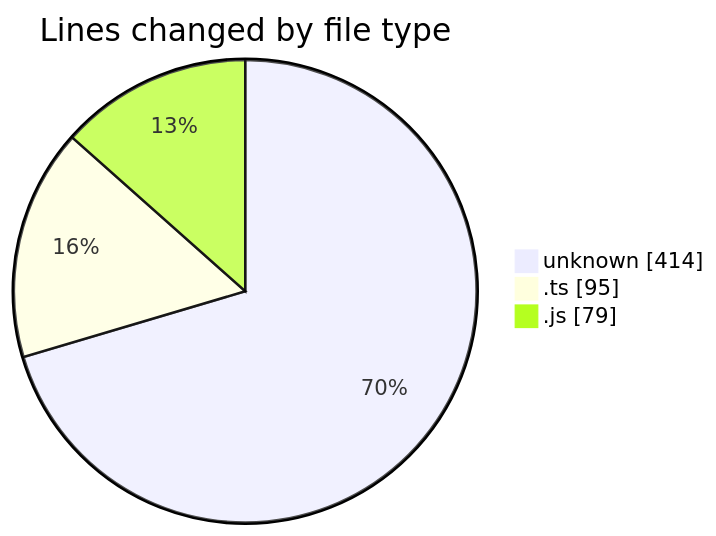
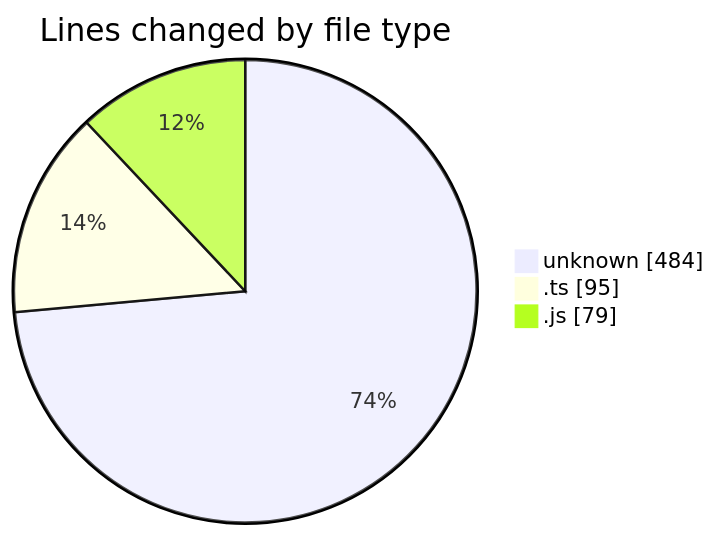
The first of 2 diagrams in 2025-05-17/niten/README.md (Elitesun/code-tracking), drawn with Mermaid before and after one commit. The commit also changed other lines of this file and 1 other file, not shown here.

````diff
--- a/2025-05-17/niten/README.md
+++ b/2025-05-17/niten/README.md
@@ -23,7 +24,7 @@
 ```mermaid
 pie showData
 title Lines changed by file type
-"unknown" : 414
+"unknown" : 484
 ".ts" : 95
 ".js" : 79
 ```
````
